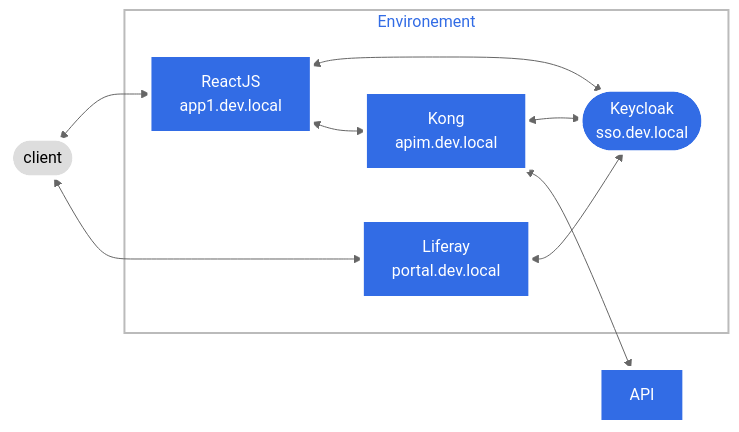
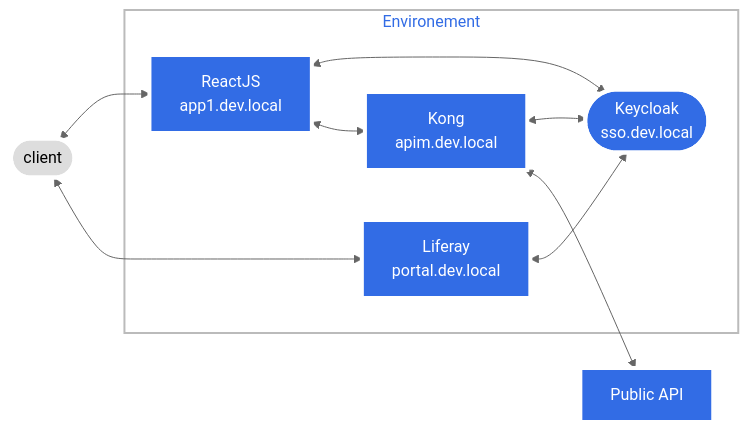
One commit to ThierryTouin/liferay-oauth-test changed the diagram in poc1-reactjs-liferay-keycloak/README.markdown. Above: the diagram before and after it, drawn with Mermaid (neutral theme). The commit also changed other lines of this file and 1 other file, not shown here.

````diff
--- a/poc1-reactjs-liferay-keycloak/README.markdown
+++ b/poc1-reactjs-liferay-keycloak/README.markdown
@@ -43,40 +7,40 @@
 ```mermaid
 
 graph  LR
 
 %% Nodes
 
 APP1[ReactJS<br>app1.dev.local]
 Portal[Liferay<br>portal.dev.local]
 APIM[Kong<br>apim.dev.local]
-API[API]
+API[Public API]
 C([client])
 SSO([Keycloak<br>sso.dev.local])
 
 
 %% Links	
 
 C <--> APP1 ;
 C <--> Portal ;
 subgraph Environement
-    APP1 <--> SSO;
+  APP1 <--> SSO;
 	APP1 <--> APIM;
 	APIM <--> SSO;
 	Portal <--> SSO;
 	%%APP1-.servi par.-SRV;
 end
 
 APIM <--> API;
 
 %% Defining node styles
 
   classDef plain fill:#ddd,stroke:#fff,stroke-width:4px,color:#000;
   classDef k8s fill:#326ce5,stroke:#fff,stroke-width:4px,color:#fff;
   classDef cluster fill:#fff,stroke:#bbb,stroke-width:2px,color:#326ce5;
   
 %% Assigning styles to nodes
 
   class Portal,APP1,APIM,API,SSO k8s;
   class C plain;
   class cluster cluster;
 ```
````
